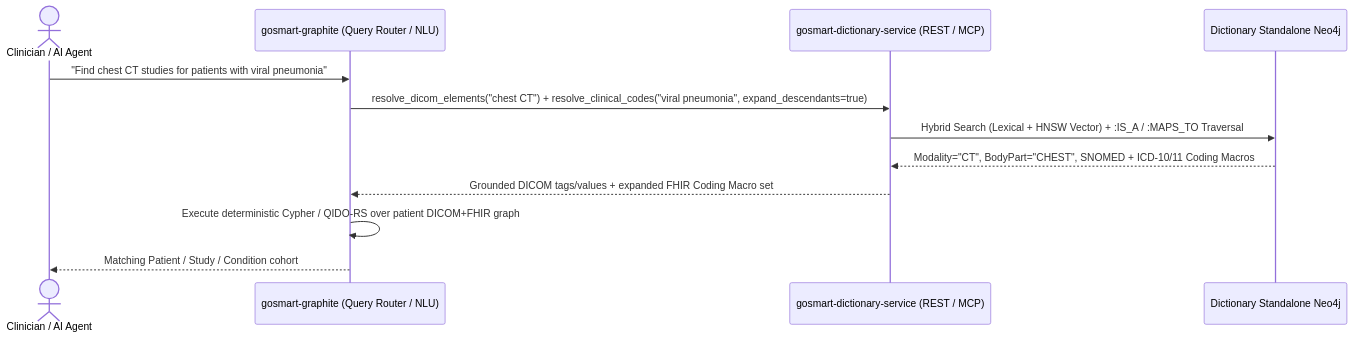
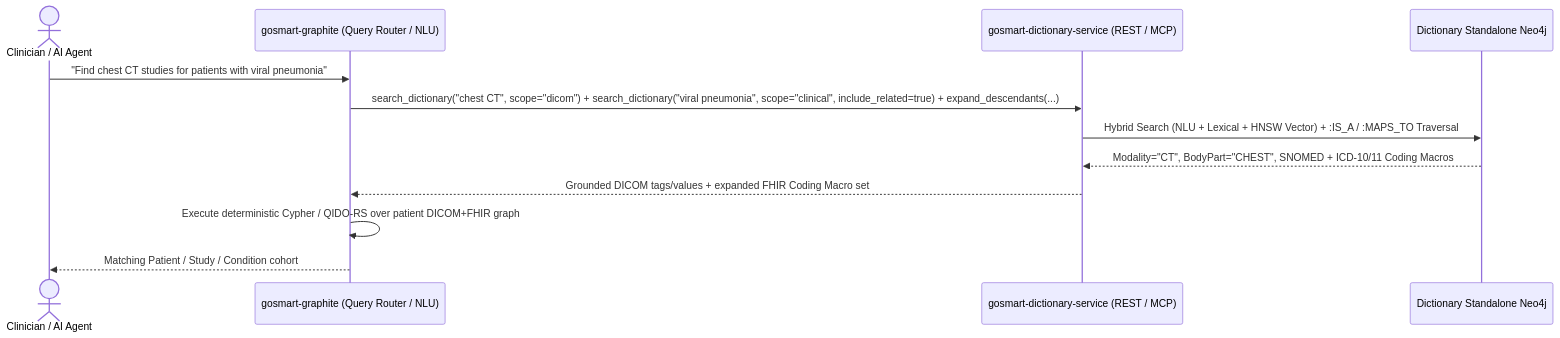
One commit to gosmart-health/gosmart-dictionary-service changed the first of 2 diagrams in docs/design_notes/architecture.md. Above: the diagram before and after it, drawn with Mermaid. The commit also changed other lines of this file and 21 other files, not shown here.

````diff
--- a/docs/design_notes/architecture.md
+++ b/docs/design_notes/architecture.md
@@ -47,15 +47,15 @@
 ```mermaid
 sequenceDiagram
     actor User as Clinician / AI Agent
     participant GS as gosmart-graphite (Query Router / NLU)
     participant DS as gosmart-dictionary-service (REST / MCP)
     participant NeoDS as Dictionary Standalone Neo4j
 
     User->>GS: "Find chest CT studies for patients with viral pneumonia"
-    GS->>DS: resolve_dicom_elements("chest CT") + resolve_clinical_codes("viral pneumonia", expand_descendants=true)
-    DS->>NeoDS: Hybrid Search (Lexical + HNSW Vector) + :IS_A / :MAPS_TO Traversal
+    GS->>DS: search_dictionary("chest CT", scope="dicom") + search_dictionary("viral pneumonia", scope="clinical", include_related=true) + expand_descendants(...)
+    DS->>NeoDS: Hybrid Search (NLU + Lexical + HNSW Vector) + :IS_A / :MAPS_TO Traversal
     NeoDS-->>DS: Modality="CT", BodyPart="CHEST", SNOMED + ICD-10/11 Coding Macros
     DS-->>GS: Grounded DICOM tags/values + expanded FHIR Coding Macro set
     GS->>GS: Execute deterministic Cypher / QIDO-RS over patient DICOM+FHIR graph
     GS-->>User: Matching Patient / Study / Condition cohort
 ```
````
